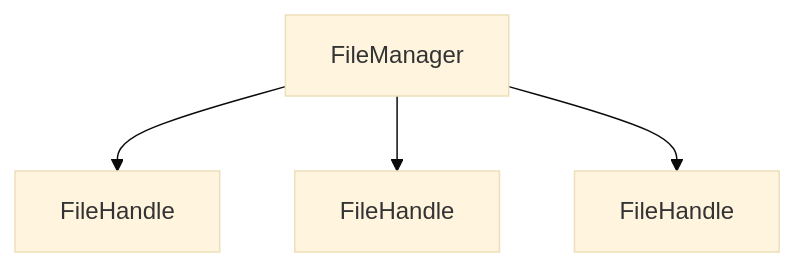
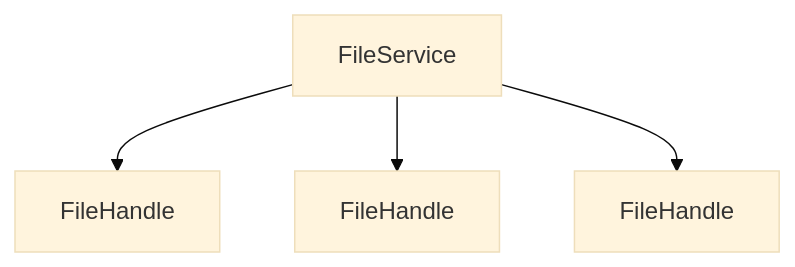
Before and after one commit to aidan-clyens/miniaudioengine: the fourth of 28 diagrams in docs/DESIGN_DOC.md, drawn with Mermaid (base theme). The commit also changed other lines of this file and 4 other files, not shown here.

````diff
--- a/docs/DESIGN_DOC.md
+++ b/docs/DESIGN_DOC.md
@@ -177,9 +178,9 @@
 ```mermaid
 graph TD
 
-    FileManager
+    FileService
 
-    FileManager --> D1["FileHandle"]
-    FileManager --> D2["FileHandle"]
-    FileManager --> D3["FileHandle"]
+    FileService --> D1["FileHandle"]
+    FileService --> D2["FileHandle"]
+    FileService --> D3["FileHandle"]
 ```
````
